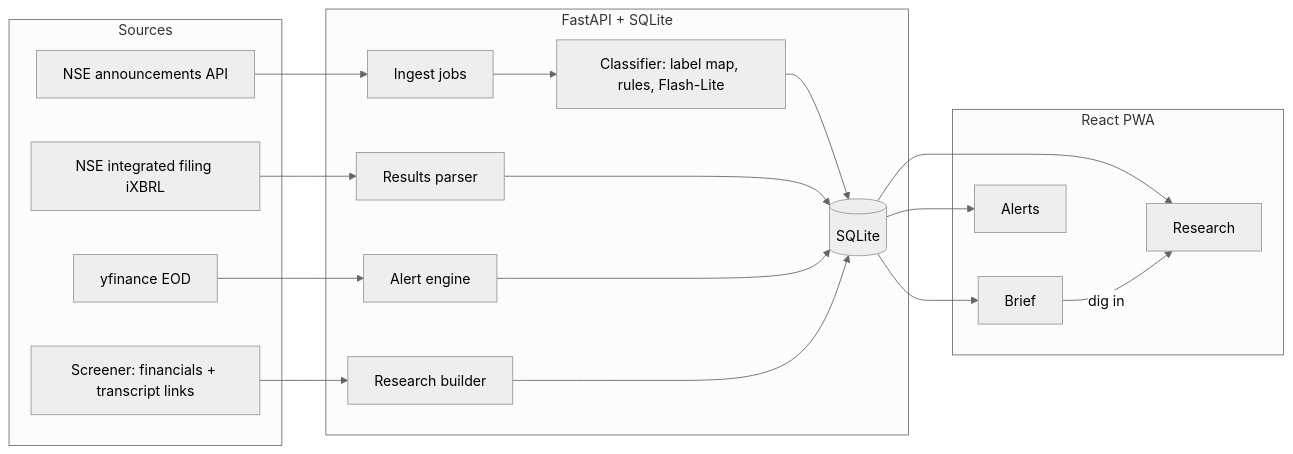
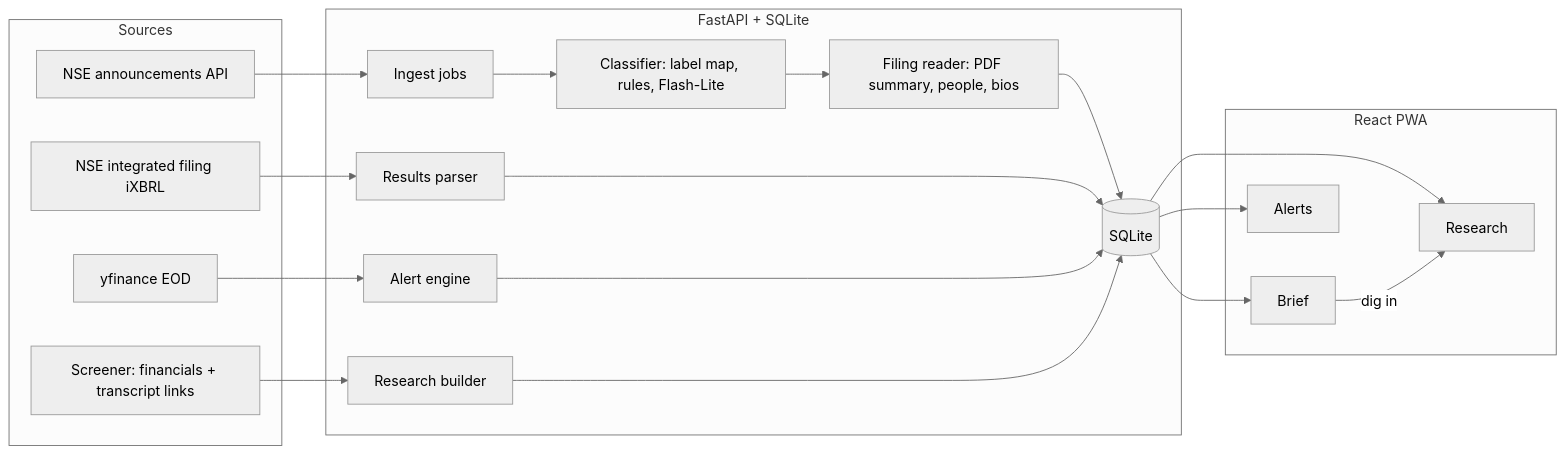
One commit to pranshuk22/finn changed the diagram in README.md. Above: the diagram before and after it, drawn with Mermaid (neutral theme). The commit also changed other lines of this file and 2 other files, not shown here.

````diff
--- a/README.md
+++ b/README.md
@@ -108,35 +112,36 @@
 ```mermaid
 flowchart LR
     subgraph Sources
         NSE[NSE announcements API]
         IX[NSE integrated filing iXBRL]
         YF[yfinance EOD]
         SCR[Screener: financials + transcript links]
     end
 
     subgraph Backend[FastAPI + SQLite]
         ING[Ingest jobs]
         CLS[Classifier: label map, rules, Flash-Lite]
+        ENR[Filing reader: PDF summary, people, bios]
         RES[Results parser]
         ALR[Alert engine]
         PULL[Research builder]
         DB[(SQLite)]
     end
 
     subgraph App[React PWA]
         BRIEF[Brief]
         ALERTS[Alerts]
         RESEARCH[Research]
     end
 
     NSE --> ING
     IX --> RES
     YF --> ALR
     SCR --> PULL
-    ING --> CLS --> DB
+    ING --> CLS --> ENR --> DB
     RES --> DB
     ALR --> DB
     PULL --> DB
     DB --> BRIEF & ALERTS & RESEARCH
     BRIEF -- dig in --> RESEARCH
 ```
````
